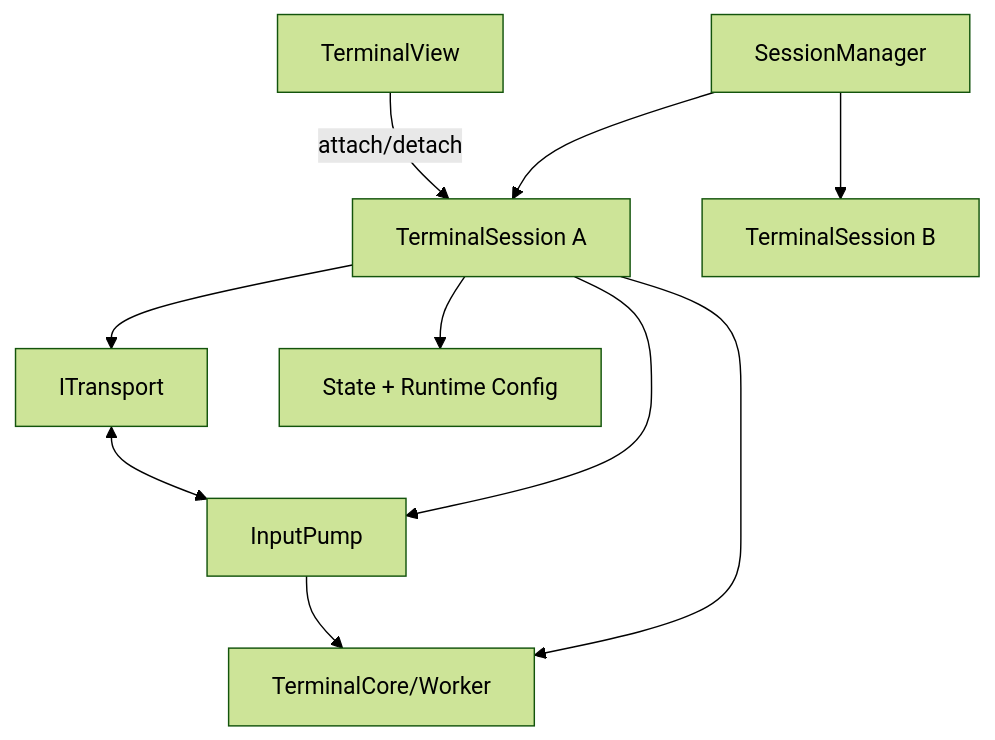
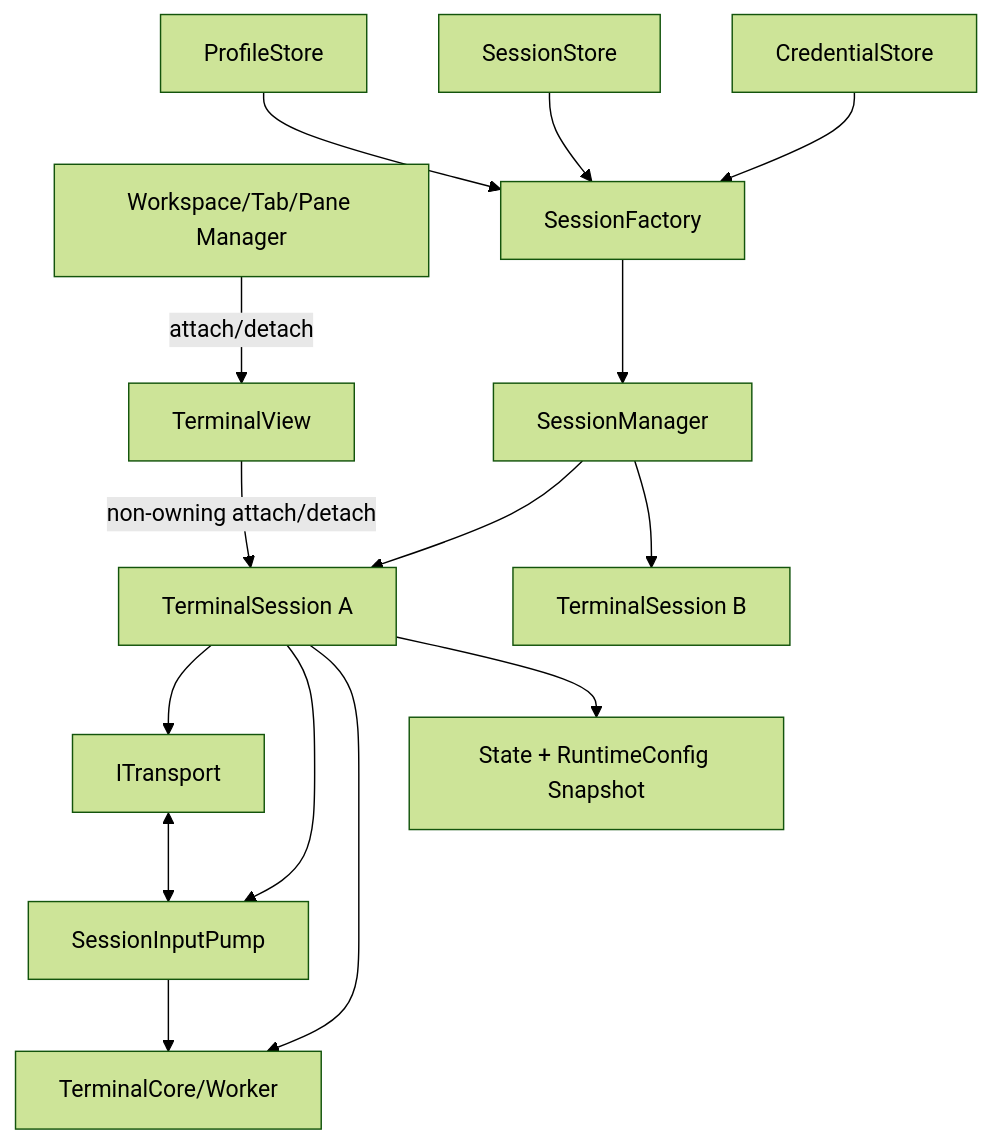
Before and after one commit to han-shao-jun/NovaTerm: the first of 4 diagrams in docs/architecture/stages/P6_Session_and_Transport.md, drawn with Mermaid (forest theme). The commit also changed other lines of this file and 37 other files, not shown here.

````diff
--- a/docs/architecture/stages/P6_Session_and_Transport.md
+++ b/docs/architecture/stages/P6_Session_and_Transport.md
@@ -11,12 +11,17 @@
 ```mermaid
 flowchart TB
+    W[Workspace/Tab/Pane Manager] -->|attach/detach| V[TerminalView]
     M[SessionManager] --> S1[TerminalSession A]
     M --> S2[TerminalSession B]
+    V -->|non-owning attach/detach| S1
     S1 --> T[ITransport]
-    S1 --> IP[InputPump]
+    S1 --> IP[SessionInputPump]
     S1 --> C[TerminalCore/Worker]
-    S1 --> ST[State + Runtime Config]
-    V[TerminalView] -->|attach/detach| S1
+    S1 --> ST[State + RuntimeConfig Snapshot]
+    PS[ProfileStore] --> F[SessionFactory]
+    SS[SessionStore] --> F
+    CS[CredentialStore] --> F
+    F --> M
     IP --> C
     T <--> IP
 ```
````
